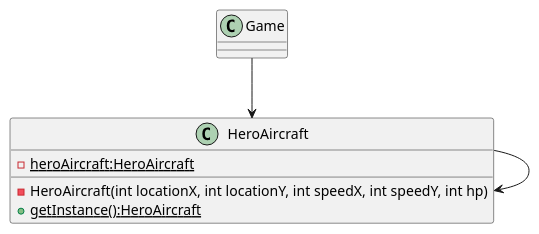
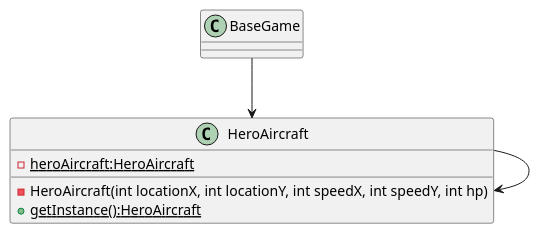
The diagram in uml/exp2-单例模式UML类图.puml (jirange/aircraft-war), drawn with PlantUML before and after one commit. The commit also changed 21 other files, not shown here.

```diff
--- a/uml/exp2-单例模式UML类图.puml
+++ b/uml/exp2-单例模式UML类图.puml
@@ -1,13 +1,13 @@
 @startuml
 'https://plantuml.com/sequence-diagram
 
 class HeroAircraft {
 '英雄机类
     - {static} heroAircraft:HeroAircraft
     - HeroAircraft(int locationX, int locationY, int speedX, int speedY, int hp)
     + {static} getInstance():HeroAircraft
 }
 HeroAircraft --> HeroAircraft
-Game --> HeroAircraft
+BaseGame --> HeroAircraft
 
 @enduml
```
